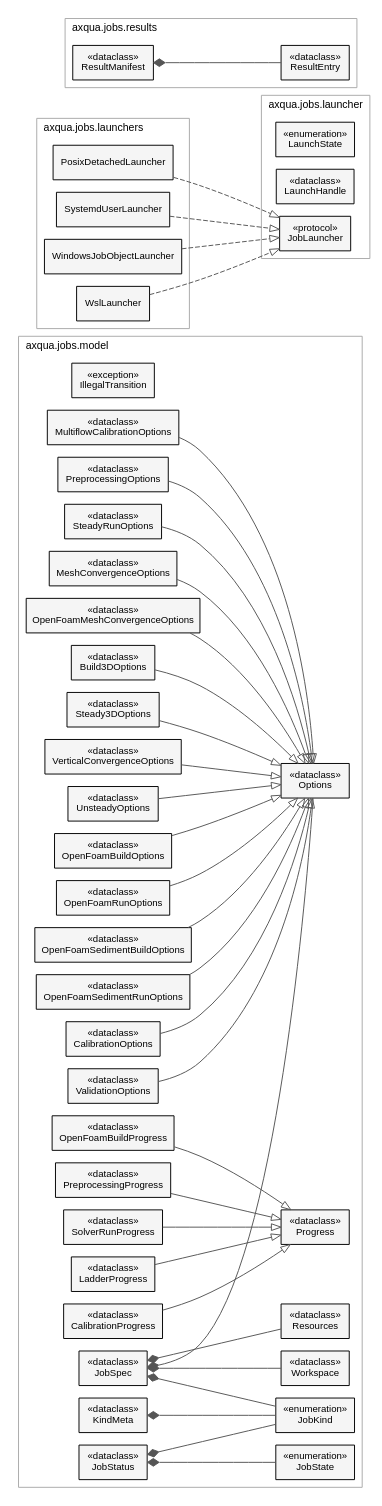
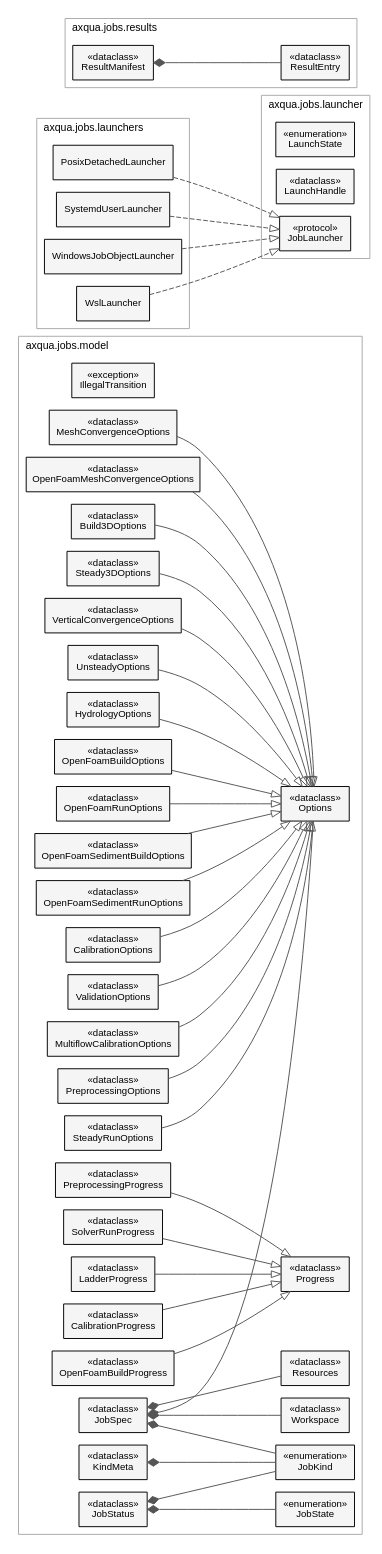
The diagram in docs/img/uml-jobs.dot (sschwindt/aXqua), drawn with Graphviz before and after one commit. The commit also changed 68 other files, not shown here.

```diff
--- a/docs/img/uml-jobs.dot
+++ b/docs/img/uml-jobs.dot
@@ -1,88 +1,90 @@
 digraph uml_jobs {
   graph [rankdir=LR, nodesep=0.18, ranksep=1.0, fontname="Helvetica,Arial,sans-serif", fontsize=11, labeljust=l];
   node [shape=box, style=filled, fillcolor="#f5f5f5", fontname="Helvetica,Arial,sans-serif", fontsize=10, margin="0.12,0.06"];
   edge [color="#555555"];
   subgraph cluster_0 {
     label="axqua.jobs.model"; color="#aaaaaa";
     JobState [label="&#171;enumeration&#187;\nJobState"];
     IllegalTransition [label="&#171;exception&#187;\nIllegalTransition"];
     JobKind [label="&#171;enumeration&#187;\nJobKind"];
     Options [label="&#171;dataclass&#187;\nOptions"];
     PreprocessingOptions [label="&#171;dataclass&#187;\nPreprocessingOptions"];
     SteadyRunOptions [label="&#171;dataclass&#187;\nSteadyRunOptions"];
     MeshConvergenceOptions [label="&#171;dataclass&#187;\nMeshConvergenceOptions"];
     OpenFoamMeshConvergenceOptions [label="&#171;dataclass&#187;\nOpenFoamMeshConvergenceOptions"];
     Build3DOptions [label="&#171;dataclass&#187;\nBuild3DOptions"];
     Steady3DOptions [label="&#171;dataclass&#187;\nSteady3DOptions"];
     VerticalConvergenceOptions [label="&#171;dataclass&#187;\nVerticalConvergenceOptions"];
     UnsteadyOptions [label="&#171;dataclass&#187;\nUnsteadyOptions"];
+    HydrologyOptions [label="&#171;dataclass&#187;\nHydrologyOptions"];
     OpenFoamBuildOptions [label="&#171;dataclass&#187;\nOpenFoamBuildOptions"];
     OpenFoamRunOptions [label="&#171;dataclass&#187;\nOpenFoamRunOptions"];
     OpenFoamSedimentBuildOptions [label="&#171;dataclass&#187;\nOpenFoamSedimentBuildOptions"];
     OpenFoamSedimentRunOptions [label="&#171;dataclass&#187;\nOpenFoamSedimentRunOptions"];
     CalibrationOptions [label="&#171;dataclass&#187;\nCalibrationOptions"];
     ValidationOptions [label="&#171;dataclass&#187;\nValidationOptions"];
     MultiflowCalibrationOptions [label="&#171;dataclass&#187;\nMultiflowCalibrationOptions"];
     Progress [label="&#171;dataclass&#187;\nProgress"];
     PreprocessingProgress [label="&#171;dataclass&#187;\nPreprocessingProgress"];
     SolverRunProgress [label="&#171;dataclass&#187;\nSolverRunProgress"];
     LadderProgress [label="&#171;dataclass&#187;\nLadderProgress"];
     CalibrationProgress [label="&#171;dataclass&#187;\nCalibrationProgress"];
     OpenFoamBuildProgress [label="&#171;dataclass&#187;\nOpenFoamBuildProgress"];
     KindMeta [label="&#171;dataclass&#187;\nKindMeta"];
     Resources [label="&#171;dataclass&#187;\nResources"];
     Workspace [label="&#171;dataclass&#187;\nWorkspace"];
     JobSpec [label="&#171;dataclass&#187;\nJobSpec"];
     JobStatus [label="&#171;dataclass&#187;\nJobStatus"];
   }
   subgraph cluster_1 {
     label="axqua.jobs.launcher"; color="#aaaaaa";
     LaunchState [label="&#171;enumeration&#187;\nLaunchState"];
     LaunchHandle [label="&#171;dataclass&#187;\nLaunchHandle"];
     JobLauncher [label="&#171;protocol&#187;\nJobLauncher"];
   }
   subgraph cluster_2 {
     label="axqua.jobs.launchers"; color="#aaaaaa";
     PosixDetachedLauncher [label="PosixDetachedLauncher"];
     SystemdUserLauncher [label="SystemdUserLauncher"];
     WindowsJobObjectLauncher [label="WindowsJobObjectLauncher"];
     WslLauncher [label="WslLauncher"];
   }
   subgraph cluster_3 {
     label="axqua.jobs.results"; color="#aaaaaa";
     ResultEntry [label="&#171;dataclass&#187;\nResultEntry"];
     ResultManifest [label="&#171;dataclass&#187;\nResultManifest"];
   }
   PreprocessingOptions -> Options [arrowhead=empty];
   SteadyRunOptions -> Options [arrowhead=empty];
   MeshConvergenceOptions -> Options [arrowhead=empty];
   OpenFoamMeshConvergenceOptions -> Options [arrowhead=empty];
   Build3DOptions -> Options [arrowhead=empty];
   Steady3DOptions -> Options [arrowhead=empty];
   VerticalConvergenceOptions -> Options [arrowhead=empty];
   UnsteadyOptions -> Options [arrowhead=empty];
+  HydrologyOptions -> Options [arrowhead=empty];
   OpenFoamBuildOptions -> Options [arrowhead=empty];
   OpenFoamRunOptions -> Options [arrowhead=empty];
   OpenFoamSedimentBuildOptions -> Options [arrowhead=empty];
   OpenFoamSedimentRunOptions -> Options [arrowhead=empty];
   CalibrationOptions -> Options [arrowhead=empty];
   ValidationOptions -> Options [arrowhead=empty];
   MultiflowCalibrationOptions -> Options [arrowhead=empty];
   PreprocessingProgress -> Progress [arrowhead=empty];
   SolverRunProgress -> Progress [arrowhead=empty];
   LadderProgress -> Progress [arrowhead=empty];
   CalibrationProgress -> Progress [arrowhead=empty];
   OpenFoamBuildProgress -> Progress [arrowhead=empty];
   KindMeta -> JobKind [arrowtail=diamond, dir=back];
   JobSpec -> JobKind [arrowtail=diamond, dir=back];
   JobSpec -> Resources [arrowtail=diamond, dir=back];
   JobSpec -> Workspace [arrowtail=diamond, dir=back];
   JobSpec -> Options [arrowtail=diamond, dir=back];
   JobStatus -> JobState [arrowtail=diamond, dir=back];
   JobStatus -> JobKind [arrowtail=diamond, dir=back];
   ResultManifest -> ResultEntry [arrowtail=diamond, dir=back];
   PosixDetachedLauncher -> JobLauncher [arrowhead=empty, style=dashed];
   SystemdUserLauncher -> JobLauncher [arrowhead=empty, style=dashed];
   WindowsJobObjectLauncher -> JobLauncher [arrowhead=empty, style=dashed];
   WslLauncher -> JobLauncher [arrowhead=empty, style=dashed];
 }
```
